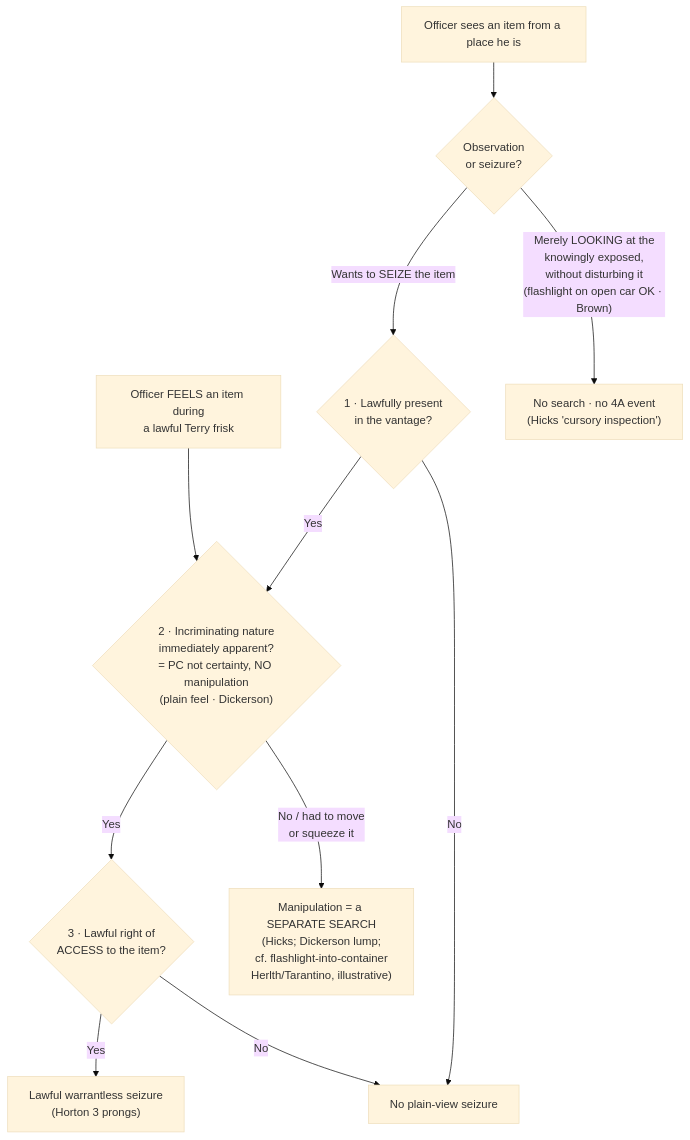
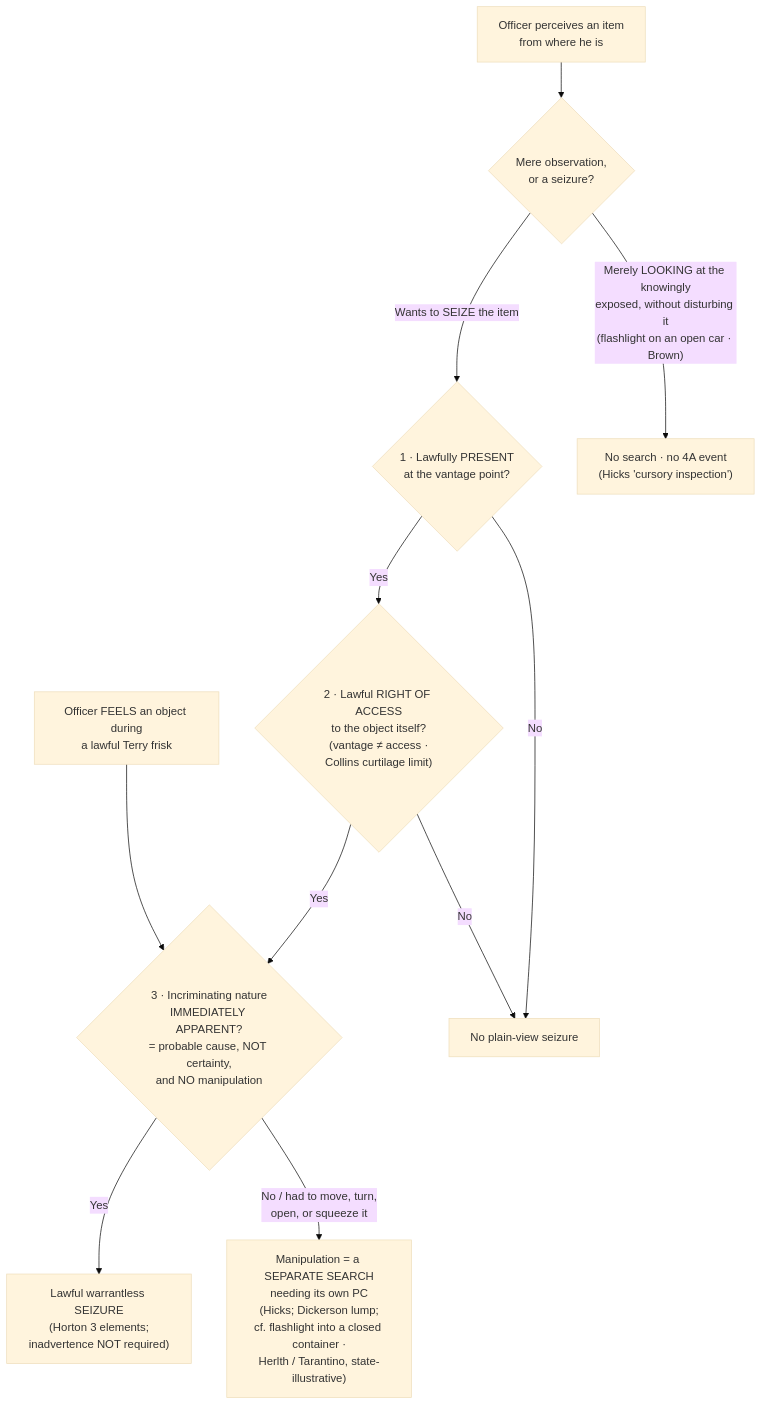
Before and after one commit to Enragedsaturday/cssi: the diagram in content/7-exceptions-warrant/7a-pc-needed/Plain View Doctrine.md, drawn with Mermaid (base theme). The commit also changed other lines of this file and 10 other files, not shown here.

````diff
--- a/content/7-exceptions-warrant/7a-pc-needed/Plain View Doctrine.md
+++ b/content/7-exceptions-warrant/7a-pc-needed/Plain View Doctrine.md
@@ -80,13 +98,13 @@
 ```mermaid
 flowchart TD
-  E["Officer sees an item from a place he is"] --> Q{Observation<br/>or seizure?}
-  F["Officer FEELS an item during<br/>a lawful Terry frisk"] --> P2
-  Q -->|"Merely LOOKING at the<br/>knowingly exposed,<br/>without disturbing it<br/>(flashlight on open car OK · Brown)"| OBS["No search · no 4A event<br/>(Hicks 'cursory inspection')"]
-  Q -->|"Wants to SEIZE the item"| P1{1 · Lawfully present<br/>in the vantage?}
+  E["Officer perceives an item<br/>from where he is"] --> Q{Mere observation,<br/>or a seizure?}
+  F["Officer FEELS an object during<br/>a lawful Terry frisk"] --> P3
+  Q -->|"Merely LOOKING at the knowingly<br/>exposed, without disturbing it<br/>(flashlight on an open car · Brown)"| OBS["No search · no 4A event<br/>(Hicks 'cursory inspection')"]
+  Q -->|"Wants to SEIZE the item"| P1{"1 · Lawfully PRESENT<br/>at the vantage point?"}
   P1 -->|No| BAD["No plain-view seizure"]
-  P1 -->|Yes| P2{"2 · Incriminating nature<br/>immediately apparent?<br/>= PC not certainty, NO manipulation<br/>(plain feel · Dickerson)"}
-  P2 -->|"No / had to move<br/>or squeeze it"| MAN["Manipulation = a SEPARATE SEARCH<br/>(Hicks; Dickerson lump;<br/>cf. flashlight-into-container<br/>Herlth/Tarantino, illustrative)"]
-  P2 -->|Yes| P3{3 · Lawful right of<br/>ACCESS to the item?}
-  P3 -->|No| BAD
-  P3 -->|Yes| OK["Lawful warrantless seizure<br/>(Horton 3 prongs)"]
+  P1 -->|Yes| P2{"2 · Lawful RIGHT OF ACCESS<br/>to the object itself?<br/>(vantage ≠ access ·<br/>Collins curtilage limit)"}
+  P2 -->|No| BAD
+  P2 -->|Yes| P3{"3 · Incriminating nature<br/>IMMEDIATELY APPARENT?<br/>= probable cause, NOT certainty,<br/>and NO manipulation"}
+  P3 -->|"No / had to move, turn,<br/>open, or squeeze it"| MAN["Manipulation = a SEPARATE SEARCH<br/>needing its own PC<br/>(Hicks; Dickerson lump;<br/>cf. flashlight into a closed container ·<br/>Herlth / Tarantino, state-illustrative)"]
+  P3 -->|Yes| OK["Lawful warrantless SEIZURE<br/>(Horton 3 elements;<br/>inadvertence NOT required)"]
 ```
````
